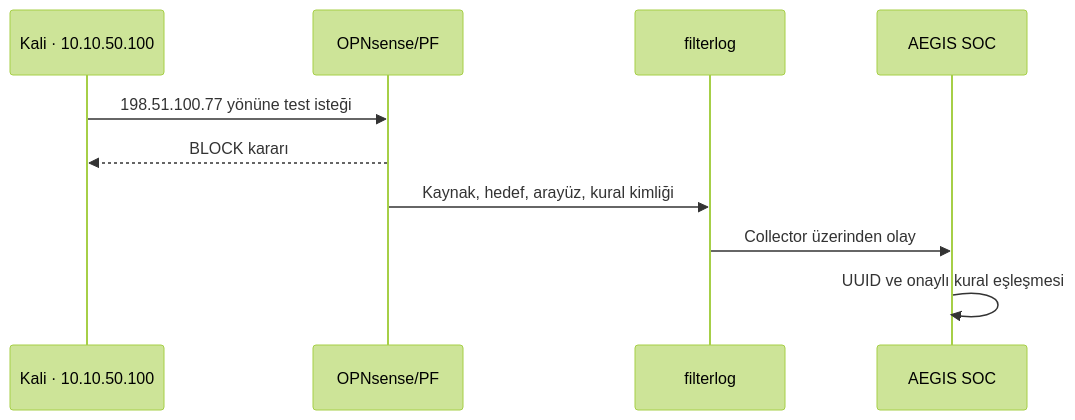
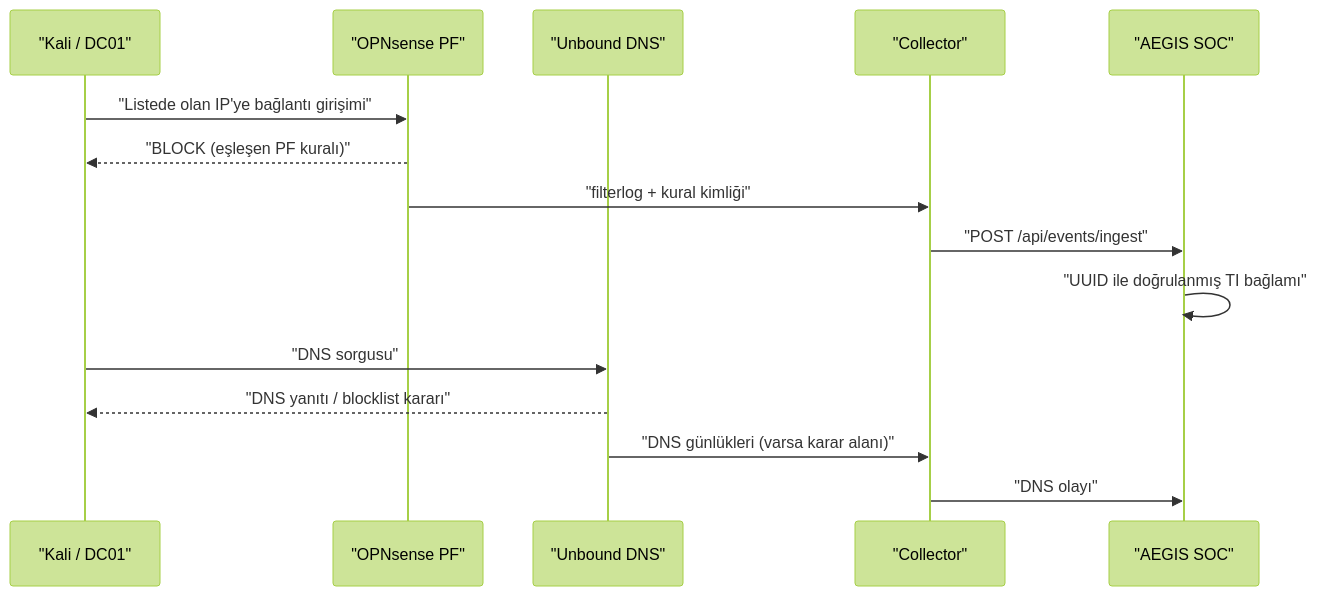
Before and after one commit to mahirkau1/AEGIS-SOC: the fourth of 6 diagrams in README.md, drawn with Mermaid (forest theme). The commit also changed other lines of this file and 38 other files, not shown here.

````diff
--- a/README.md
+++ b/README.md
@@ -155,12 +252,17 @@
 ```mermaid
 sequenceDiagram
-    participant Kali as Kali · 10.10.50.100
-    participant FW as OPNsense/PF
-    participant Log as filterlog
-    participant SOC as AEGIS SOC
-    Kali->>FW: 198.51.100.77 yönüne test isteği
-    FW-->>Kali: BLOCK kararı
-    FW->>Log: Kaynak, hedef, arayüz, kural kimliği
-    Log->>SOC: Collector üzerinden olay
-    SOC->>SOC: UUID ve onaylı kural eşleşmesi
+    participant Host as "Kali / DC01"
+    participant FW as "OPNsense PF"
+    participant Unbound as "Unbound DNS"
+    participant Log as "Collector"
+    participant SOC as "AEGIS SOC"
+    Host->>FW: "Listede olan IP'ye bağlantı girişimi"
+    FW-->>Host: "BLOCK (eşleşen PF kuralı)"
+    FW->>Log: "filterlog + kural kimliği"
+    Log->>SOC: "POST /api/events/ingest"
+    SOC->>SOC: "UUID ile doğrulanmış TI bağlamı"
+    Host->>Unbound: "DNS sorgusu"
+    Unbound-->>Host: "DNS yanıtı / blocklist kararı"
+    Unbound->>Log: "DNS günlükleri (varsa karar alanı)"
+    Log->>SOC: "DNS olayı"
 ```
````
